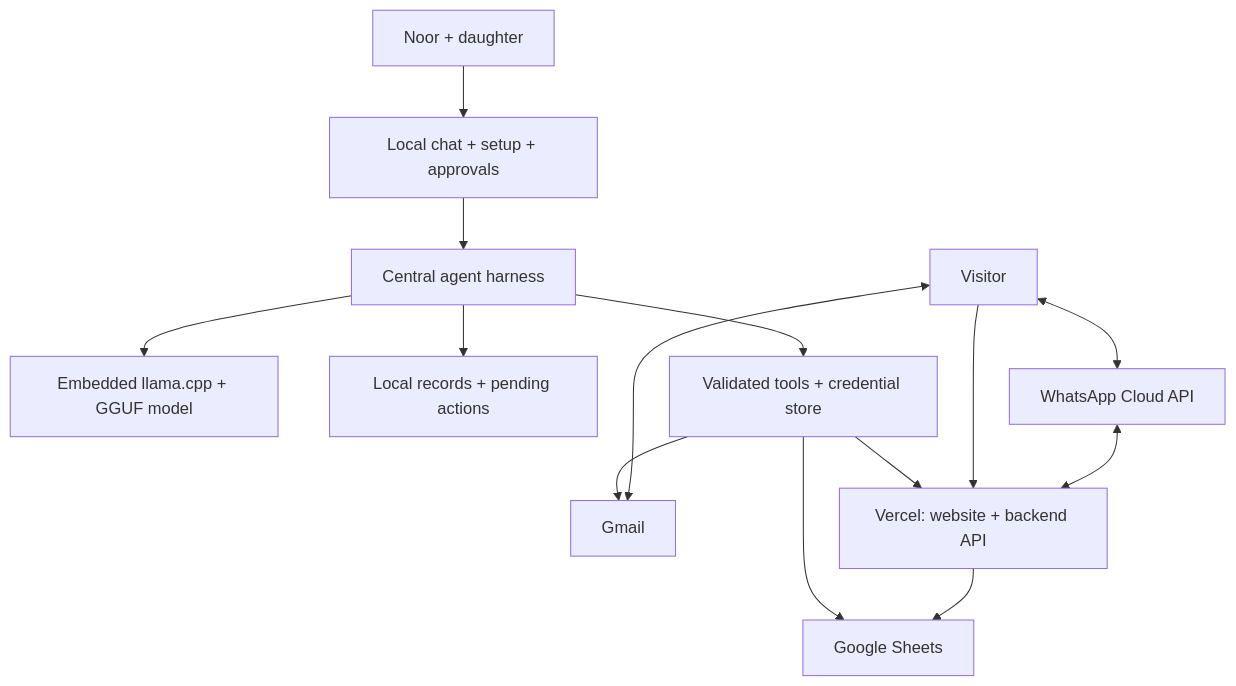
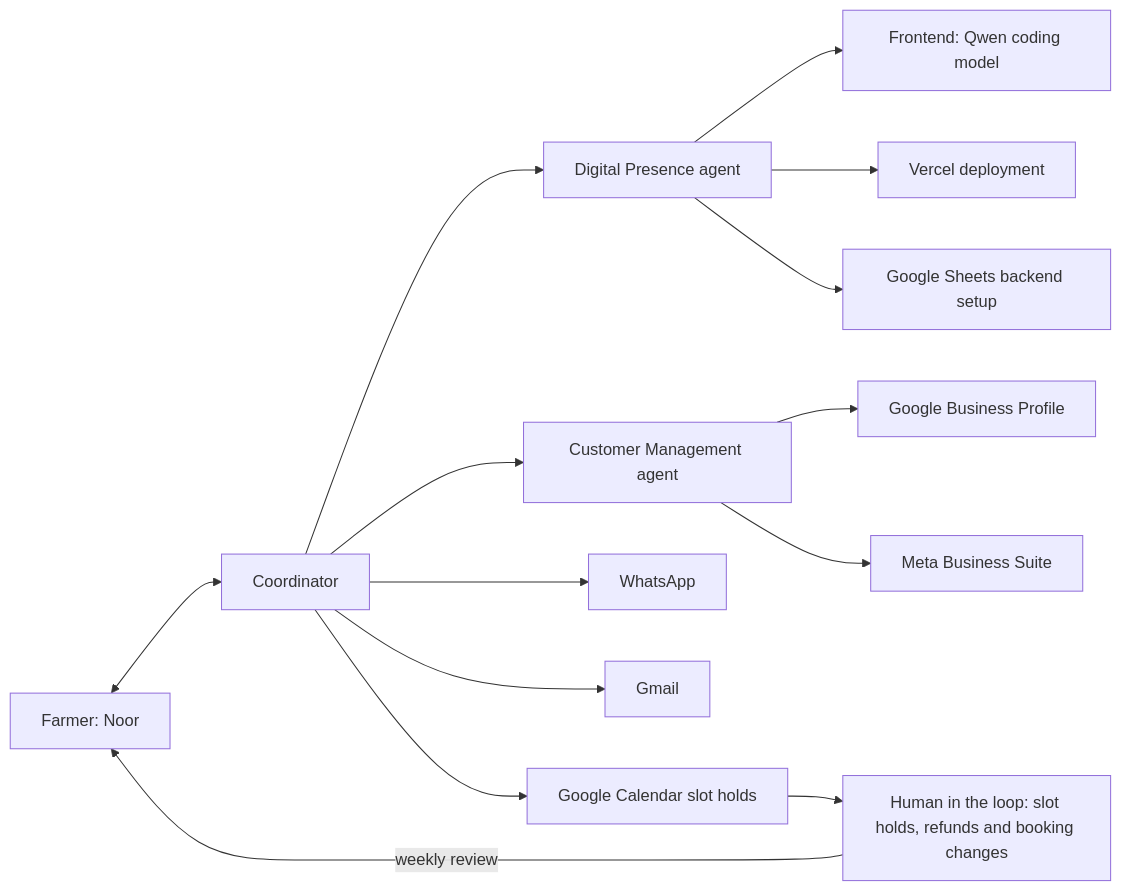
The diagram in docs/architecture.md (reversely/hacknation), drawn with Mermaid before and after one commit. The commit also changed other lines of this file, not shown here.

First line of the commit message:
docs(architecture): restructure as a coordinator with two specialist agents

````diff
--- a/docs/architecture.md
+++ b/docs/architecture.md
@@ -37,16 +49,16 @@
 ```mermaid
-flowchart TB
-    U["Noor + daughter"] --> UI["Local chat + setup + approvals"]
-    UI --> H["Central agent harness"]
-    H --> M["Embedded llama.cpp + GGUF model"]
-    H --> L["Local records + pending actions"]
-    H --> T["Validated tools + credential store"]
-    T --> G["Gmail"]
-    T --> S["Google Sheets"]
-    T --> V["Vercel: website + backend API"]
-    C["Visitor"] --> V
-    C <--> G
-    C <--> W["WhatsApp Cloud API"]
-    W <--> V
-    V --> S
+flowchart LR
+    F["Farmer: Noor"] <--> C["Coordinator"]
+    C --> DP["Digital Presence agent"]
+    DP --> FE["Frontend: Qwen coding model"]
+    DP --> VD["Vercel deployment"]
+    DP --> GS["Google Sheets backend setup"]
+    C --> CM["Customer Management agent"]
+    CM --> GB["Google Business Profile"]
+    CM --> MBS["Meta Business Suite"]
+    C --> WA["WhatsApp"]
+    C --> GM["Gmail"]
+    C --> CAL["Google Calendar slot holds"]
+    CAL --> Q["Human in the loop: slot holds, refunds and booking changes"]
+    Q -->|"weekly review"| F
 ```
````
